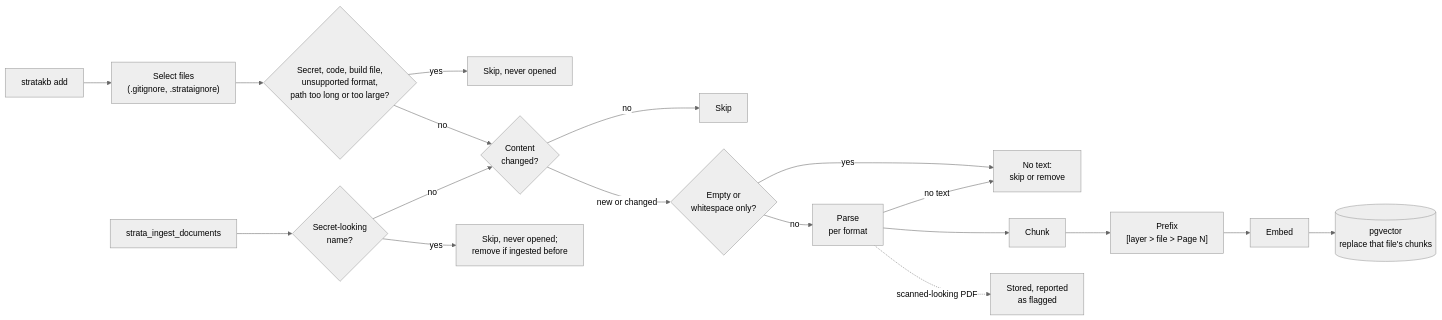
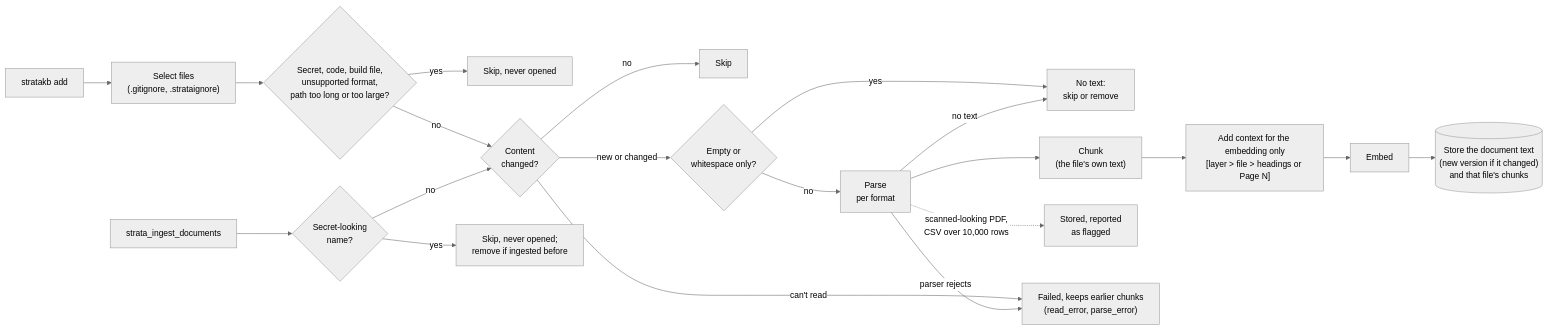
The fourth of 12 diagrams in README.md (boudou/StrataKB), drawn with Mermaid (neutral theme) before and after one commit. The commit also changed other lines of this file and 74 other files, not shown here.

First line of the commit message:
Answers you can prove: keyword slots, verbatim chunks, answer mode, confidence scale, document text (#116)

````diff
--- a/README.md
+++ b/README.md
@@ -116,16 +118,18 @@
 ```mermaid
 flowchart LR
     add["stratakb add"] --> sel["Select files<br/>(.gitignore, .strataignore)"] --> pol{"Secret, code, build file,<br/>unsupported format,<br/>path too long or too large?"}
     pol -->|"yes"| k["Skip, never opened"]
     pol -->|"no"| h
     f["strata_ingest_documents"] --> n{"Secret-looking<br/>name?"}
     n -->|"yes"| k2["Skip, never opened;<br/>remove if ingested before"]
     n -->|"no"| h{"Content<br/>changed?"}
     h -->|"no"| s["Skip"]
     h -->|"new or changed"| z{"Empty or<br/>whitespace only?"}
     z -->|"yes"| t["No text:<br/>skip or remove"]
     z -->|"no"| p["Parse<br/>per format"]
     p -->|"no text"| t
-    p --> c["Chunk"] --> x["Prefix<br/>[layer > file > Page N]"] --> e["Embed"] --> v[("pgvector<br/>replace that file's chunks")]
-    p -.->|"scanned-looking PDF"| fl["Stored, reported<br/>as flagged"]
+    p --> c["Chunk<br/>(the file's own text)"] --> x["Add context for the embedding only<br/>[layer > file > headings or Page N]"] --> e["Embed"] --> v[("Store the document text<br/>(new version if it changed)<br/>and that file's chunks")]
+    p -.->|"scanned-looking PDF,<br/>CSV over 10,000 rows"| fl["Stored, reported<br/>as flagged"]
+    h -->|"can't read"| fe["Failed, keeps earlier chunks<br/>(read_error, parse_error)"]
+    p -->|"parser rejects"| fe
 ```
````
